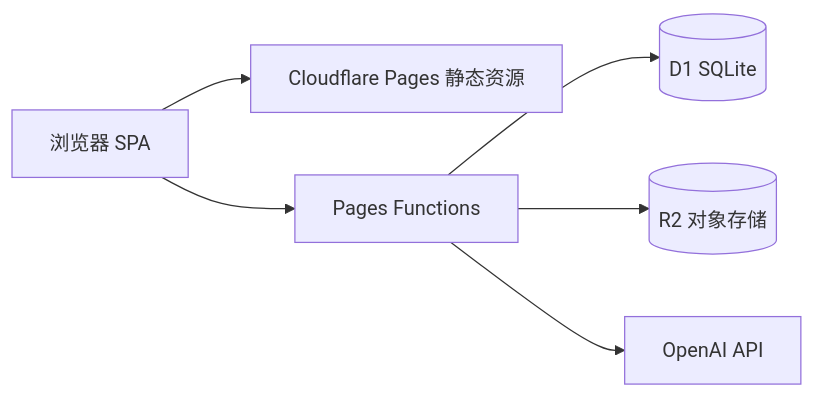
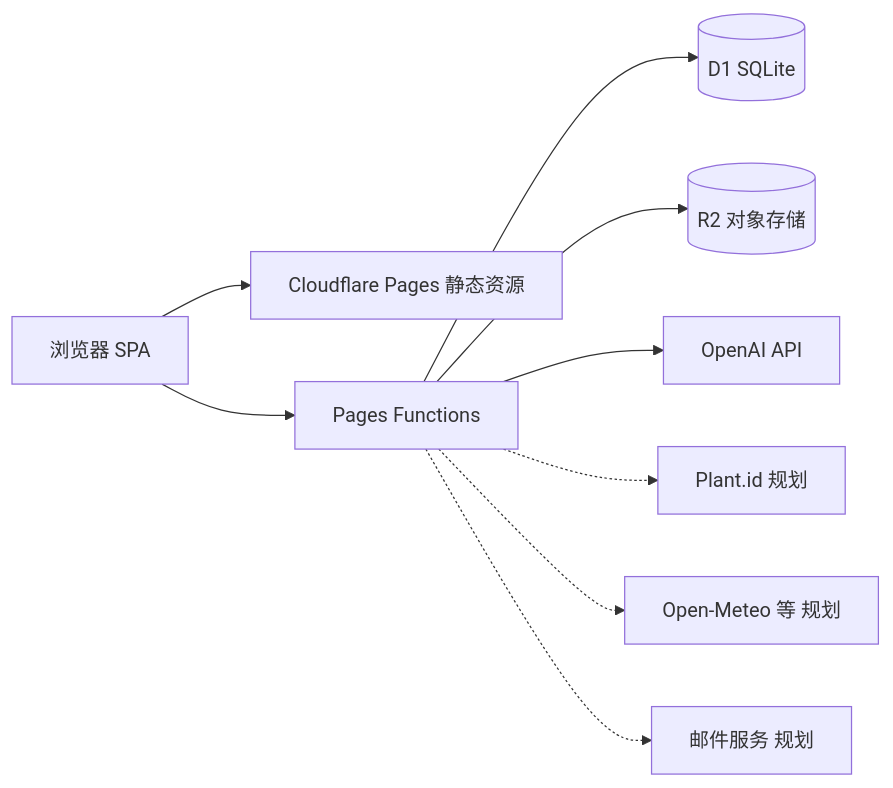
The diagram in docs/architecture/overview.md (saltduck/gardenassist), drawn with Mermaid before and after one commit. The commit also changed other lines of this file and 74 other files, not shown here.

````diff
--- a/docs/architecture/overview.md
+++ b/docs/architecture/overview.md
@@ -5,15 +5,21 @@
 ```mermaid
 flowchart LR
   Browser[浏览器 SPA]
   Pages[Cloudflare Pages 静态资源]
   Fn[Pages Functions]
   D1[(D1 SQLite)]
   R2[(R2 对象存储)]
   OpenAI[OpenAI API]
+  PlantId[Plant.id 规划]
+  Weather[Open-Meteo 等 规划]
+  Mail[邮件服务 规划]
 
   Browser --> Pages
   Browser --> Fn
   Fn --> D1
   Fn --> R2
   Fn --> OpenAI
+  Fn -.-> PlantId
+  Fn -.-> Weather
+  Fn -.-> Mail
 ```
````
